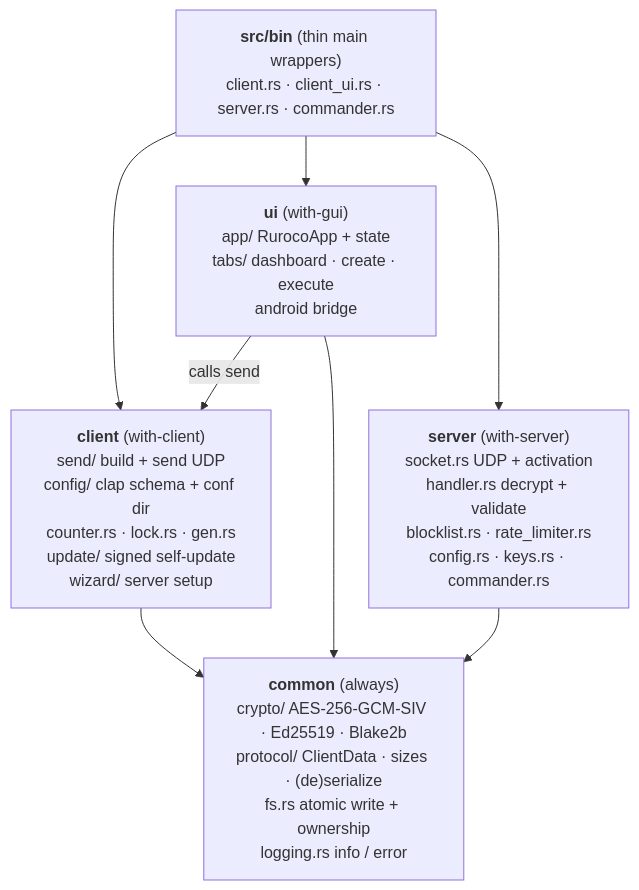
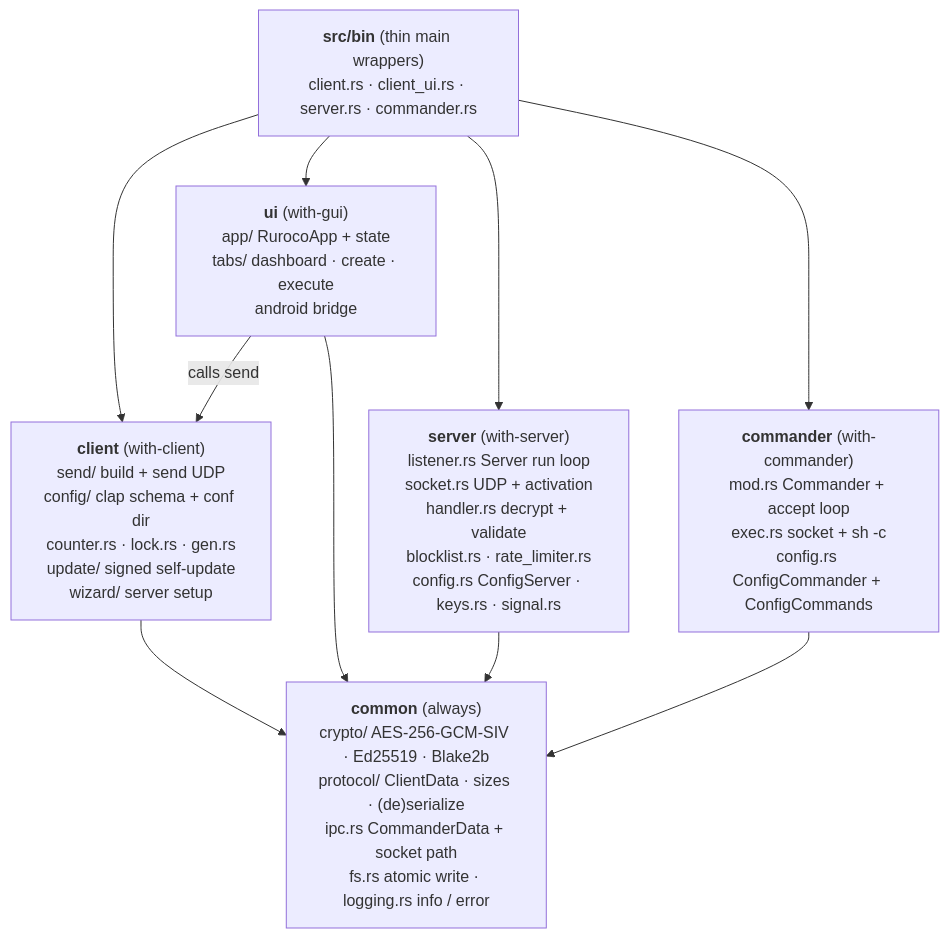
One commit to beac0n/ruroco changed the diagram in docs/src/architecture/modules.md. Above: the diagram before and after it, drawn with Mermaid. The commit also changed other lines of this file and 45 other files, not shown here.

````diff
--- a/docs/src/architecture/modules.md
+++ b/docs/src/architecture/modules.md
@@ -41,16 +46,19 @@
 ```mermaid
 flowchart TB
     bins["<b>src/bin</b> (thin main wrappers)<br/>client.rs · client_ui.rs · server.rs · commander.rs"]
     client["<b>client</b> (with-client)<br/>send/ build + send UDP<br/>config/ clap schema + conf dir<br/>counter.rs · lock.rs · gen.rs<br/>update/ signed self-update<br/>wizard/ server setup"]
     ui["<b>ui</b> (with-gui)<br/>app/ RurocoApp + state<br/>tabs/ dashboard · create · execute<br/>android bridge"]
-    server["<b>server</b> (with-server)<br/>socket.rs UDP + activation<br/>handler.rs decrypt + validate<br/>blocklist.rs · rate_limiter.rs<br/>config.rs · keys.rs · commander.rs"]
-    common["<b>common</b> (always)<br/>crypto/ AES-256-GCM-SIV · Ed25519 · Blake2b<br/>protocol/ ClientData · sizes · (de)serialize<br/>fs.rs atomic write + ownership<br/>logging.rs info / error"]
+    server["<b>server</b> (with-server)<br/>listener.rs Server run loop<br/>socket.rs UDP + activation<br/>handler.rs decrypt + validate<br/>blocklist.rs · rate_limiter.rs<br/>config.rs ConfigServer · keys.rs · signal.rs"]
+    commander["<b>commander</b> (with-commander)<br/>mod.rs Commander + accept loop<br/>exec.rs socket + sh -c<br/>config.rs ConfigCommander + ConfigCommands"]
+    common["<b>common</b> (always)<br/>crypto/ AES-256-GCM-SIV · Ed25519 · Blake2b<br/>protocol/ ClientData · sizes · (de)serialize<br/>ipc.rs CommanderData + socket path<br/>fs.rs atomic write · logging.rs info / error"]
 
     bins --> client
     bins --> ui
     bins --> server
+    bins --> commander
     ui -->|calls send| client
     client --> common
     server --> common
+    commander --> common
     ui --> common
 ```
````
